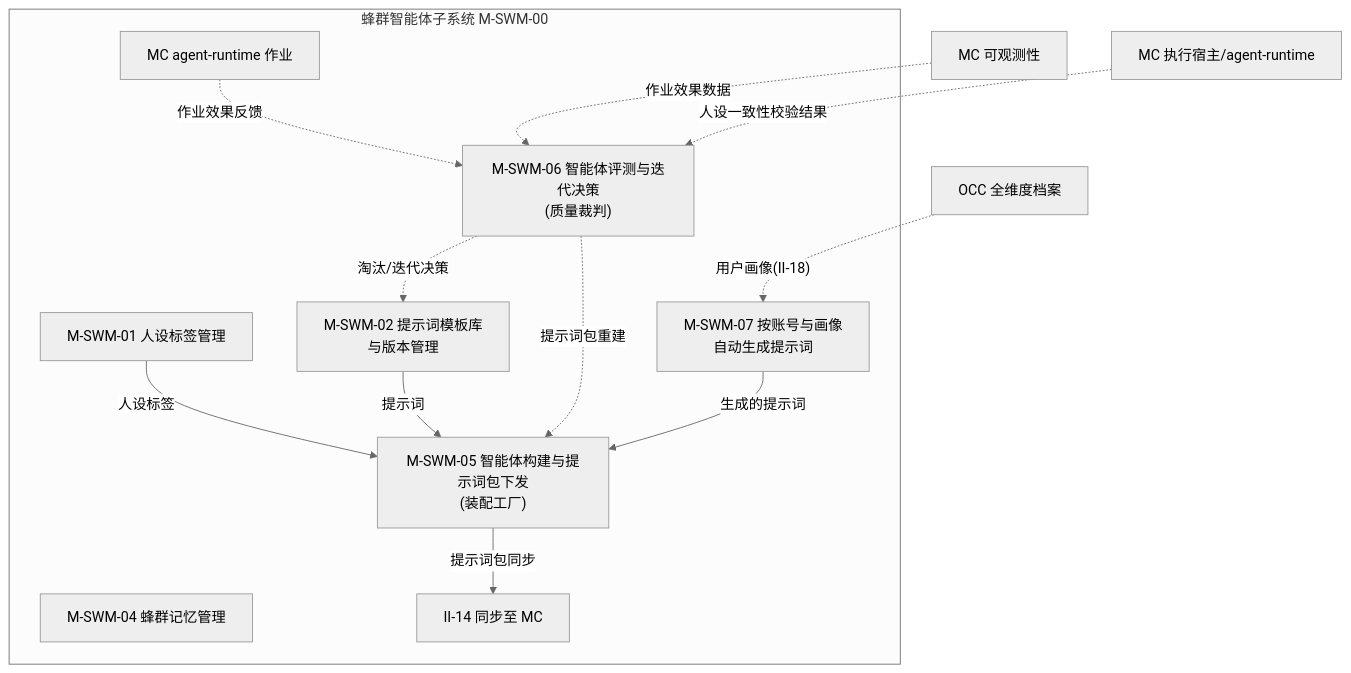
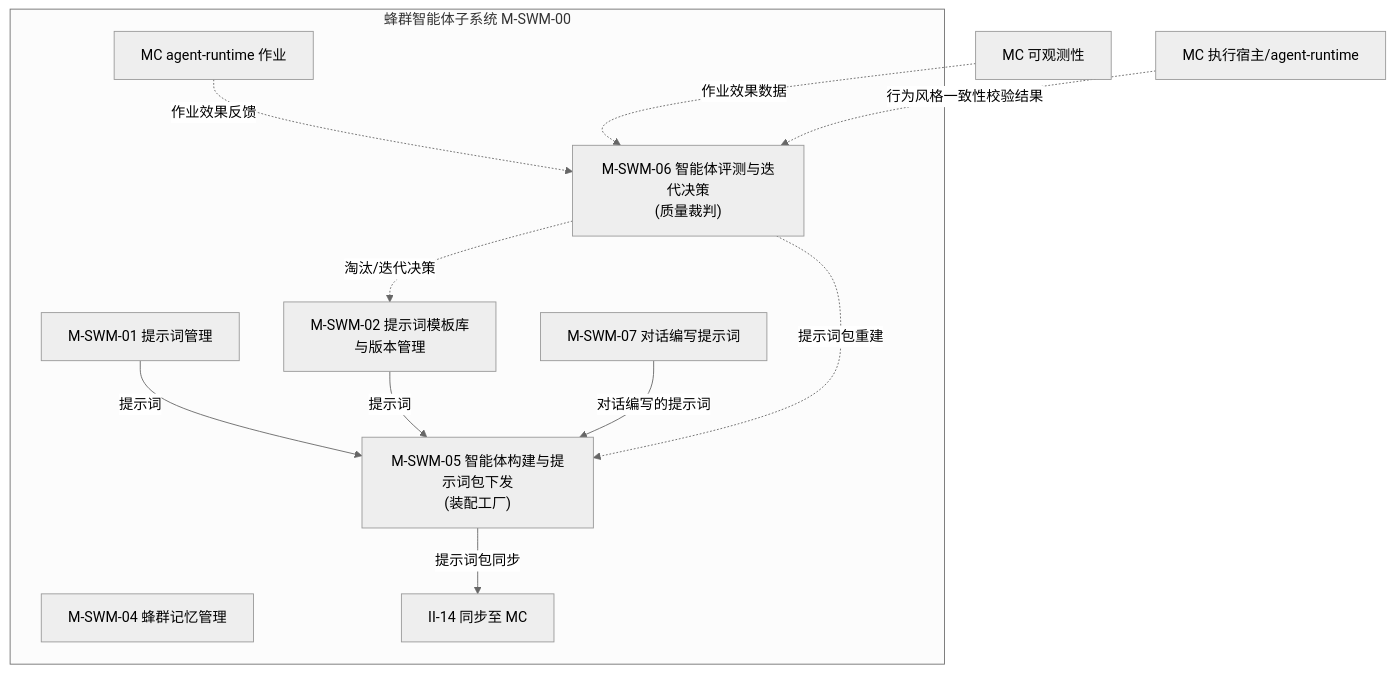
Diagram 22 of 49 in 公司项目/认知作战/文档/软件概要设计-架构图.md (Sj-g/obsidian), drawn with Mermaid (neutral theme) before and after one commit. The commit also changed other lines of this file and 9 other files, not shown here.

````diff
--- a/公司项目/认知作战/文档/软件概要设计-架构图.md
+++ b/公司项目/认知作战/文档/软件概要设计-架构图.md
@@ -441,24 +440,23 @@
 ```mermaid
 flowchart TB
     subgraph SWM["蜂群智能体子系统 M-SWM-00"]
-        SWM1["M-SWM-01 人设标签管理"]
+        SWM1["M-SWM-01 提示词管理"]
         SWM2["M-SWM-02 提示词模板库<br/>与版本管理"]
         SWM4["M-SWM-04 蜂群记忆管理"]
         SWM5["M-SWM-05 智能体构建与提示词包下发<br/>(装配工厂)"]
         SWM6["M-SWM-06 智能体评测与迭代决策<br/>(质量裁判)"]
-        SWM7["M-SWM-07 按账号与画像<br/>自动生成提示词"]
+        SWM7["M-SWM-07 对话编写提示词"]
 
-        SWM1 -->|"人设标签"| SWM5
+        SWM1 -->|"提示词"| SWM5
         SWM2 -->|"提示词"| SWM5
-        SWM7 -->|"生成的提示词"| SWM5
+        SWM7 -->|"对话编写的提示词"| SWM5
         SWM5 -->|"提示词包同步"| SYNC["II-14 同步至 MC"]
 
         SWM6 -.->|"淘汰/迭代决策"| SWM2
         SWM6 -.->|"提示词包重建"| SWM5
         JOB["MC agent-runtime 作业"] -.->|"作业效果反馈"| SWM6
     end
 
     MC["MC 可观测性"] -.->|"作业效果数据"| SWM6
-    MC2["MC 执行宿主/agent-runtime"] -.->|"人设一致性校验结果"| SWM6
-    OCC["OCC 全维度档案"] -.->|"用户画像(II-18)"| SWM7
+    MC2["MC 执行宿主/agent-runtime"] -.->|"行为风格一致性校验结果"| SWM6
 ```
````
